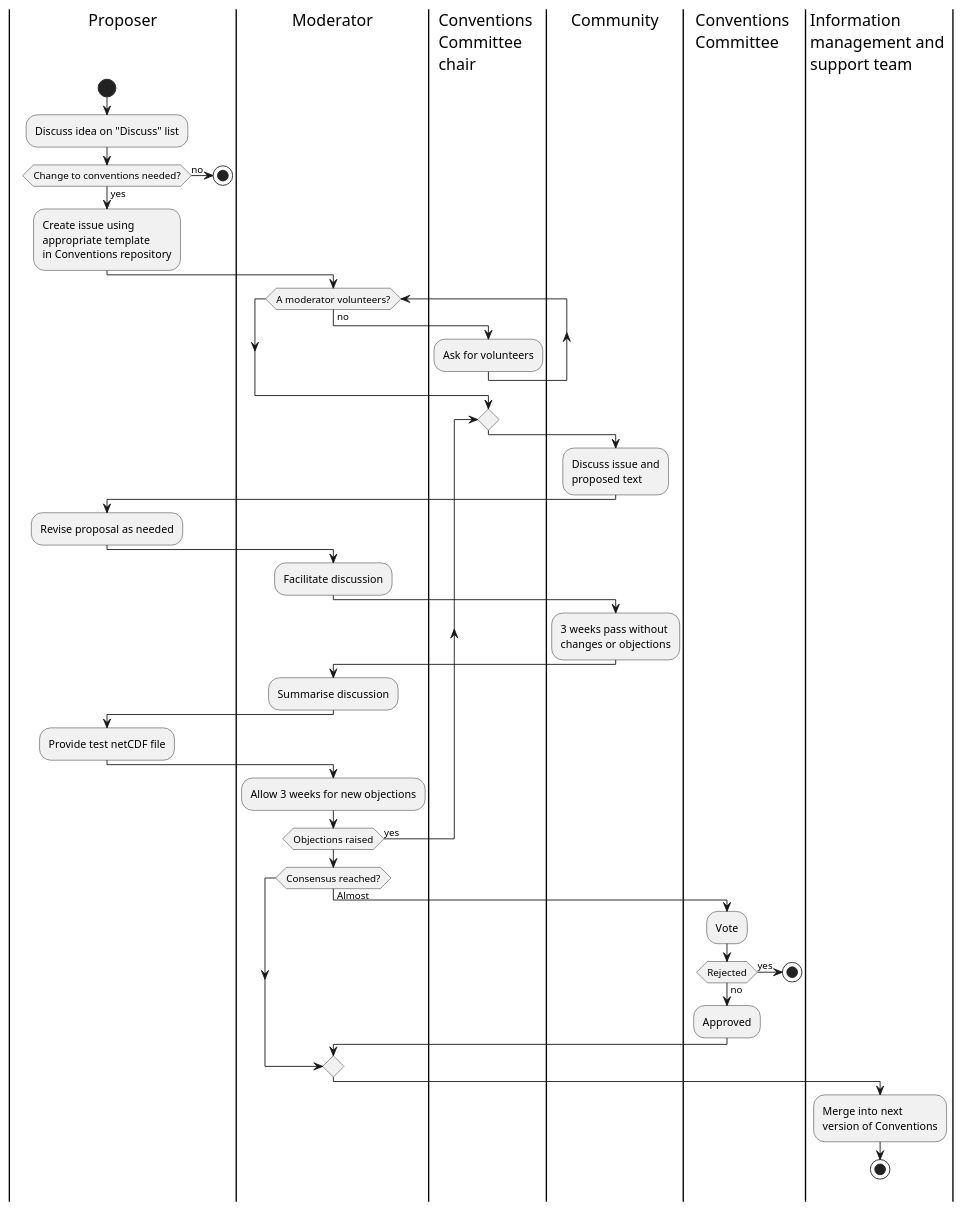
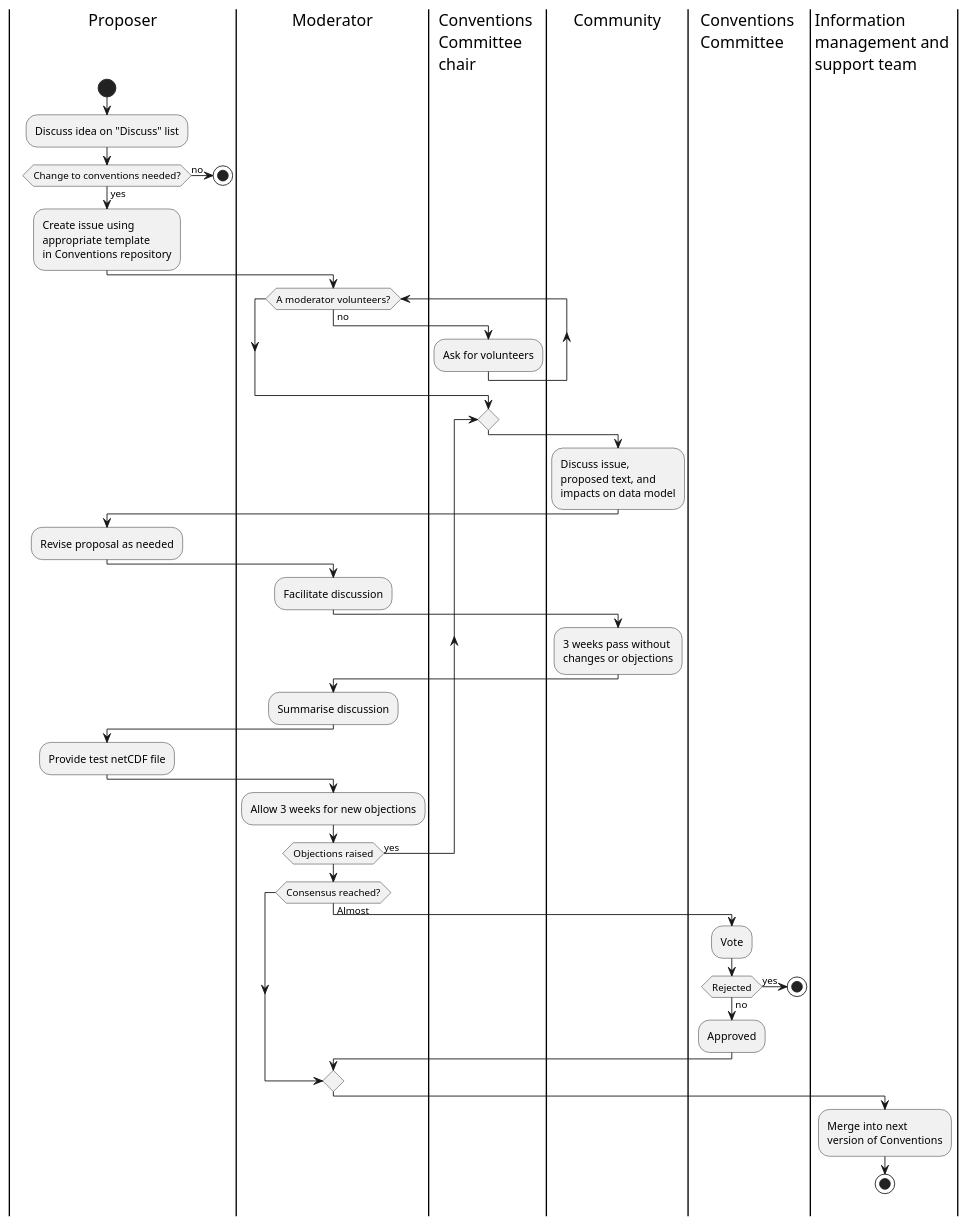
The diagram in cf-change-process.plantuml (cf-convention/cf-convention.github.io), drawn with PlantUML before and after one commit. The commit also changed 1 other file, not shown here.

Commit message:
Update diagram to include data model updates

```diff
--- a/cf-change-process.plantuml
+++ b/cf-change-process.plantuml
@@ -1,56 +1,57 @@
 @startuml
 |Proposer|
 start
 
 :Discuss idea on "Discuss" list;
 if (Change to conventions needed?) then (no)
   stop
 else (yes)
   :Create issue using
   appropriate template
   in Conventions repository;
 
 |Moderator|
 while (A moderator volunteers?) is (no)
 |Conventions \nCommittee \nchair|
   :Ask for volunteers;
 endwhile
 
 repeat
 |Community|
-:Discuss issue and
-proposed text;
+:Discuss issue,
+proposed text, and
+impacts on data model;
 
 |Proposer|
 :Revise proposal as needed;
 
 |Moderator|
 :Facilitate discussion;
 
 |Community|
 :3 weeks pass without \nchanges or objections;
 
 |Moderator|
 :Summarise discussion;
 
 |Proposer|
 :Provide test netCDF file;
 
 |Moderator|
 :Allow 3 weeks for new objections;
 repeat while (Objections raised) is (yes)
 
 if (Consensus reached?) then (Almost);
   |Conventions \nCommittee|
   :Vote;
   if (Rejected) then (yes)
     stop
   else (no)
     :Approved;
   endif
 endif
 |Information \nmanagement and \nsupport team|
 :Merge into next \nversion of Conventions;
 
 stop
 @enduml
```
